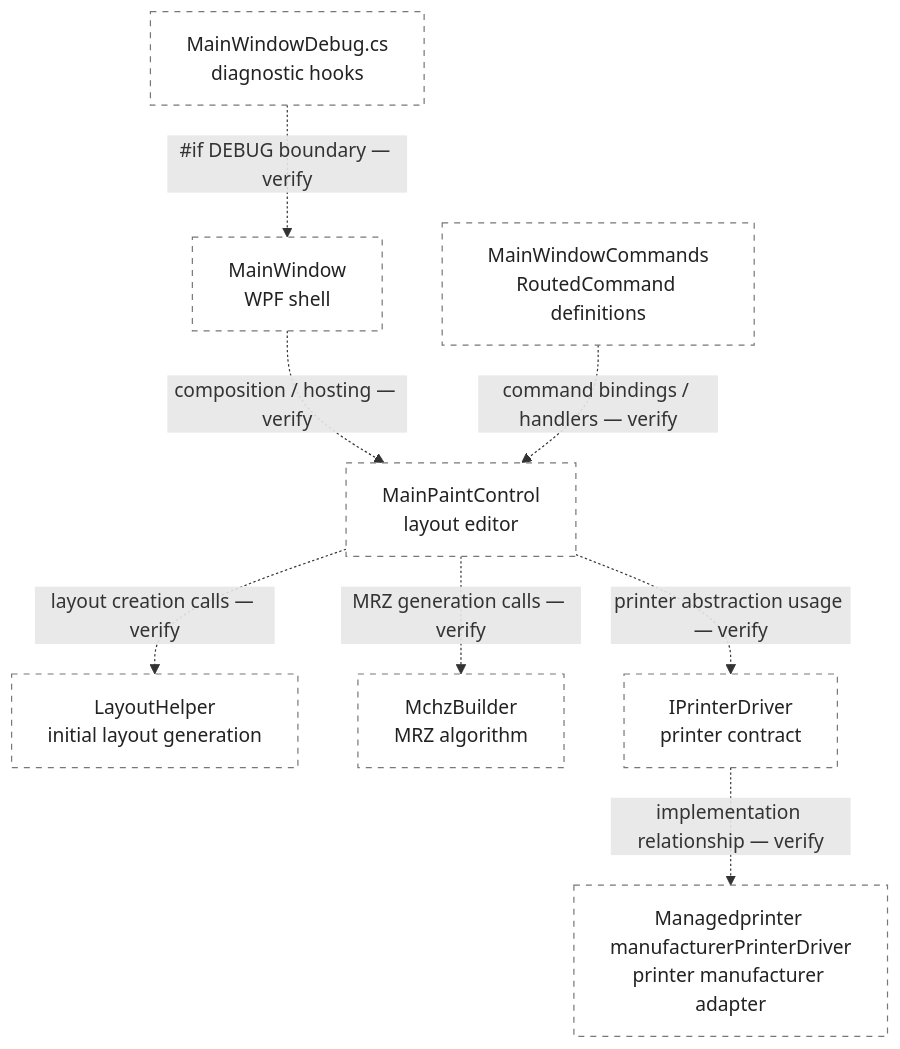
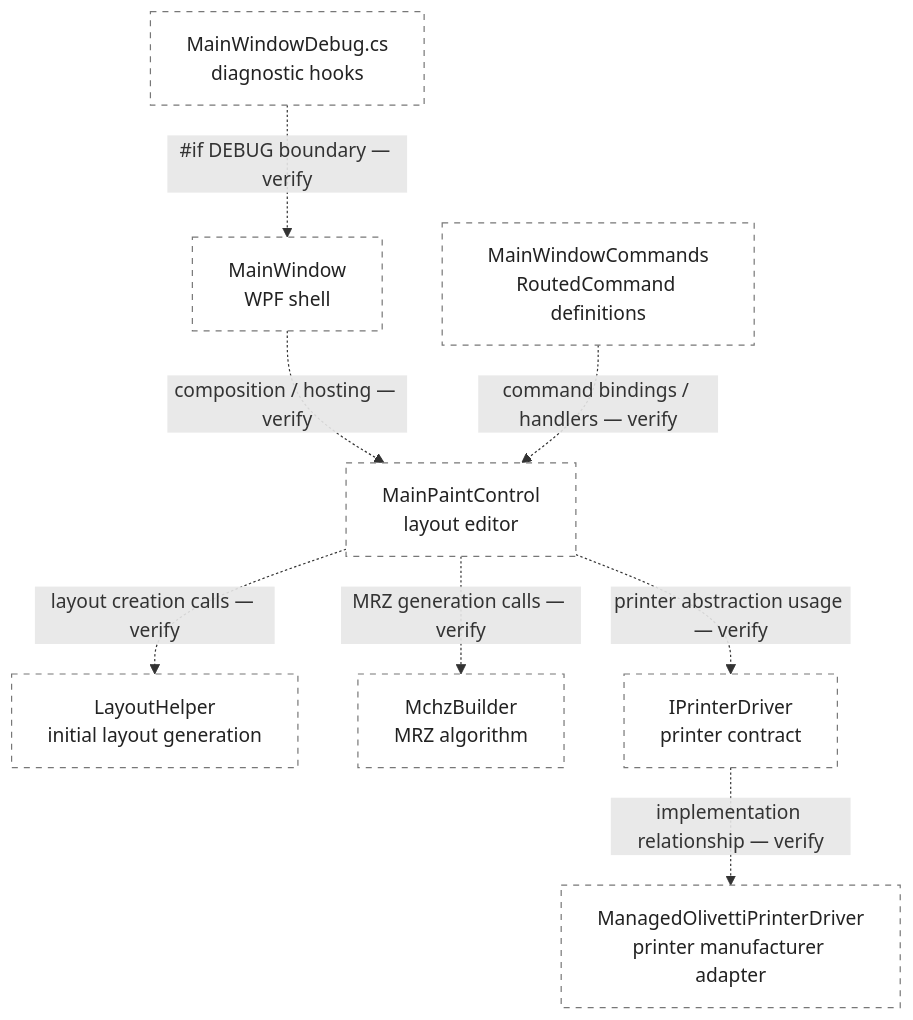
One commit to ekatmoz88-alt/territory-descriptor-unified changed the diagram in materials/umms/docs/architecture/codebase-overview.md. Above: the diagram before and after it, drawn with Mermaid. The commit also changed other lines of this file and 3 other files, not shown here.

````diff
--- a/materials/umms/docs/architecture/codebase-overview.md
+++ b/materials/umms/docs/architecture/codebase-overview.md
@@ -33,13 +33,13 @@
 ```mermaid
 flowchart TB
     MW["MainWindow<br/>WPF shell"] -. "composition / hosting — verify" .-> MPC["MainPaintControl<br/>layout editor"]
     CMD["MainWindowCommands<br/>RoutedCommand definitions"] -. "command bindings / handlers — verify" .-> MPC
     MPC -. "layout creation calls — verify" .-> LH["LayoutHelper<br/>initial layout generation"]
     MPC -. "MRZ generation calls — verify" .-> MB["MchzBuilder<br/>MRZ algorithm"]
     MPC -. "printer abstraction usage — verify" .-> IF["IPrinterDriver<br/>printer contract"]
-    IF -. "implementation relationship — verify" .-> OL["Managedprinter manufacturerPrinterDriver<br/>printer manufacturer adapter"]
+    IF -. "implementation relationship — verify" .-> OL["ManagedOlivettiPrinterDriver<br/>printer manufacturer adapter"]
     DBG["MainWindowDebug.cs<br/>diagnostic hooks"] -. "#if DEBUG boundary — verify" .-> MW
 
     classDef provisional fill:#fff,stroke:#777,stroke-dasharray: 5 5,color:#222;
     class MW,MPC,CMD,LH,MB,IF,OL,DBG provisional;
 ```
````
